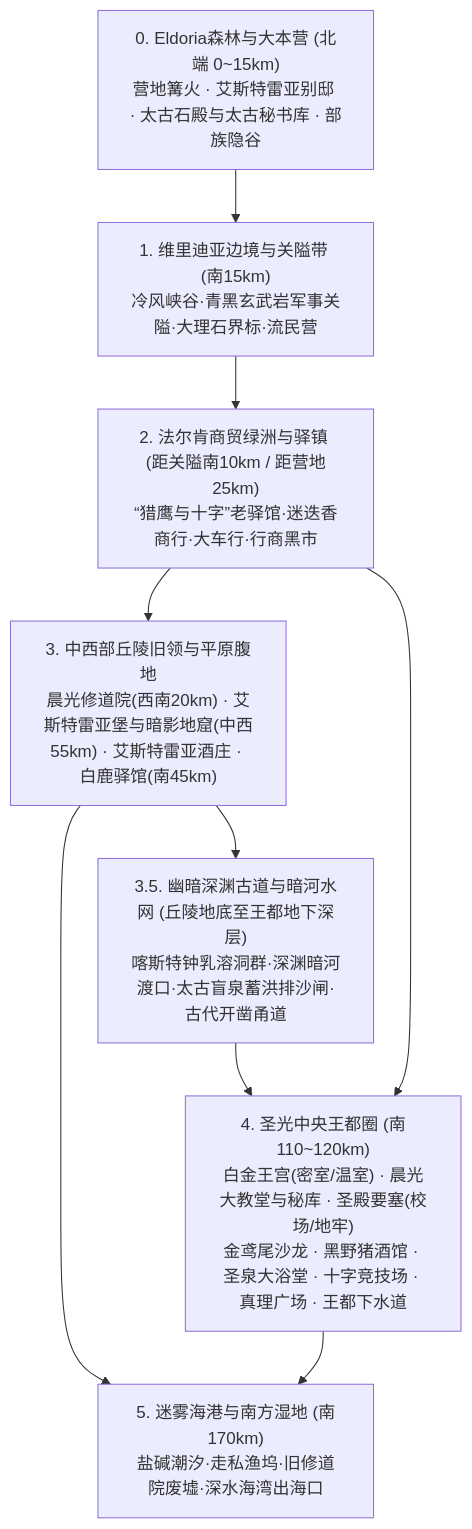
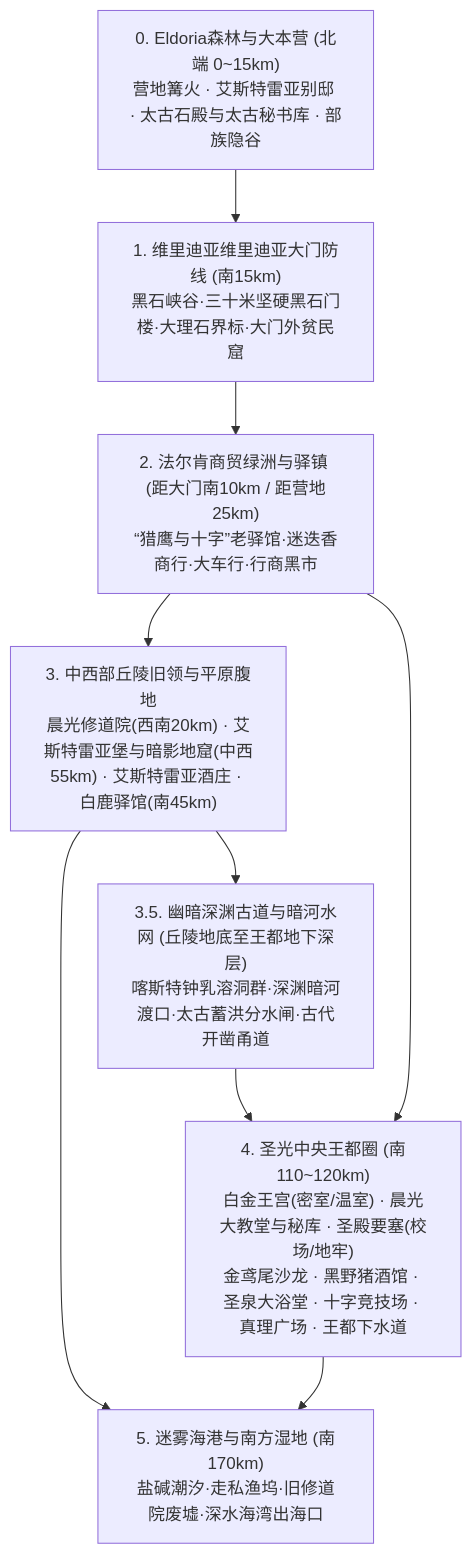
Before and after one commit to soranokiseki1437/eldoria-worldbook: the diagram in 方案/第二部/主线与世界扩充方案/02_王国地理版图、封建社会阶层与货币经济基准.md, drawn with Mermaid. The commit also changed other lines of this file and 221 other files, not shown here.

````diff
--- a/方案/第二部/主线与世界扩充方案/02_王国地理版图、封建社会阶层与货币经济基准.md
+++ b/方案/第二部/主线与世界扩充方案/02_王国地理版图、封建社会阶层与货币经济基准.md
@@ -12,11 +12,11 @@
 ```mermaid
 graph TD
-    Camp["0. Eldoria森林与大本营 (北端 0~15km)<br/>营地篝火 · 艾斯特雷亚别邸 · 太古石殿与太古秘书库 · 部族隐谷"] --> Area1["1. 维里迪亚边境与关隘带 (南15km)<br/>冷风峡谷·青黑玄武岩军事关隘·大理石界标·流民营"]
-    Area1 --> Area2["2. 法尔肯商贸绿洲与驿镇 (距关隘南10km / 距营地25km)<br/>“猎鹰与十字”老驿馆·迷迭香商行·大车行·行商黑市"]
+    Camp["0. Eldoria森林与大本营 (北端 0~15km)<br/>营地篝火 · 艾斯特雷亚别邸 · 太古石殿与太古秘书库 · 部族隐谷"] --> Area1["1. 维里迪亚维里迪亚大门防线 (南15km)<br/>黑石峡谷·三十米坚硬黑石门楼·大理石界标·大门外贫民窟"]
+    Area1 --> Area2["2. 法尔肯商贸绿洲与驿镇 (距大门南10km / 距营地25km)<br/>“猎鹰与十字”老驿馆·迷迭香商行·大车行·行商黑市"]
     Area2 --> Area3["3. 中西部丘陵旧领与平原腹地<br/>晨光修道院(西南20km) · 艾斯特雷亚堡与暗影地窟(中西55km) · 艾斯特雷亚酒庄 · 白鹿驿馆(南45km)"]
-    Area3 --> AreaSub["3.5. 幽暗深渊古道与暗河水网 (丘陵地底至王都地下深层)<br/>喀斯特钟乳溶洞群·深渊暗河渡口·太古盲泉蓄洪排沙闸·古代开凿甬道"]
+    Area3 --> AreaSub["3.5. 幽暗深渊古道与暗河水网 (丘陵地底至王都地下深层)<br/>喀斯特钟乳溶洞群·深渊暗河渡口·太古蓄洪分水闸·古代开凿甬道"]
     AreaSub --> Area4
     Area2 --> Area4["4. 圣光中央王都圈 (南110~120km)<br/>白金王宫(密室/温室) · 晨光大教堂与秘库 · 圣殿要塞(校场/地牢)<br/>金鸢尾沙龙 · 黑野猪酒馆 · 圣泉大浴堂 · 十字竞技场 · 真理广场 · 王都下水道"]
     Area3 --> Area5["5. 迷雾海港与南方湿地 (南170km)<br/>盐碱潮汐·走私渔坞·旧修道院废墟·深水海湾出海口"]
     Area4 --> Area5
 ```
````
